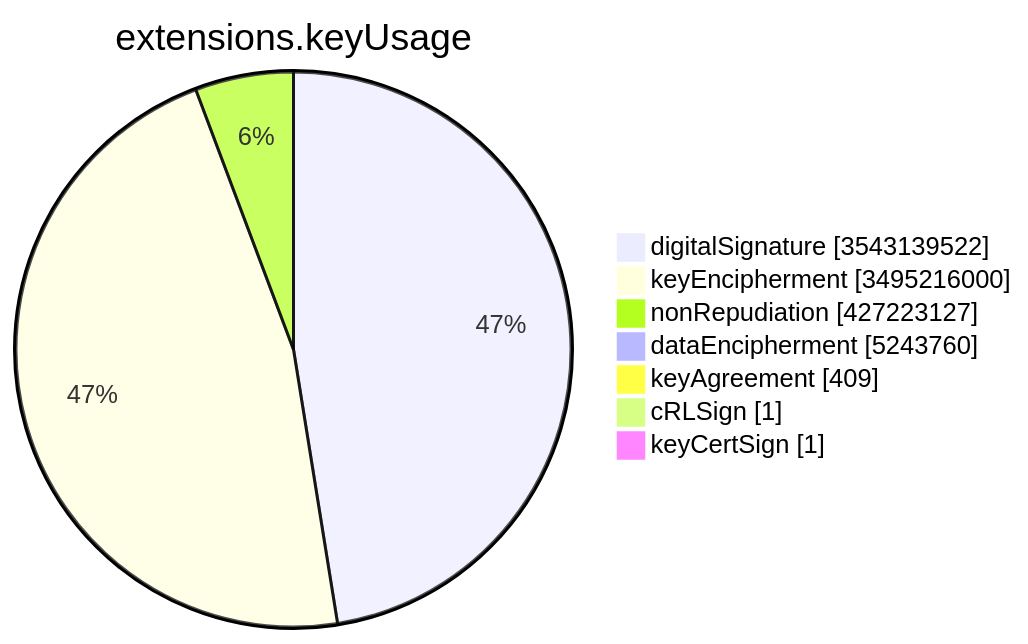
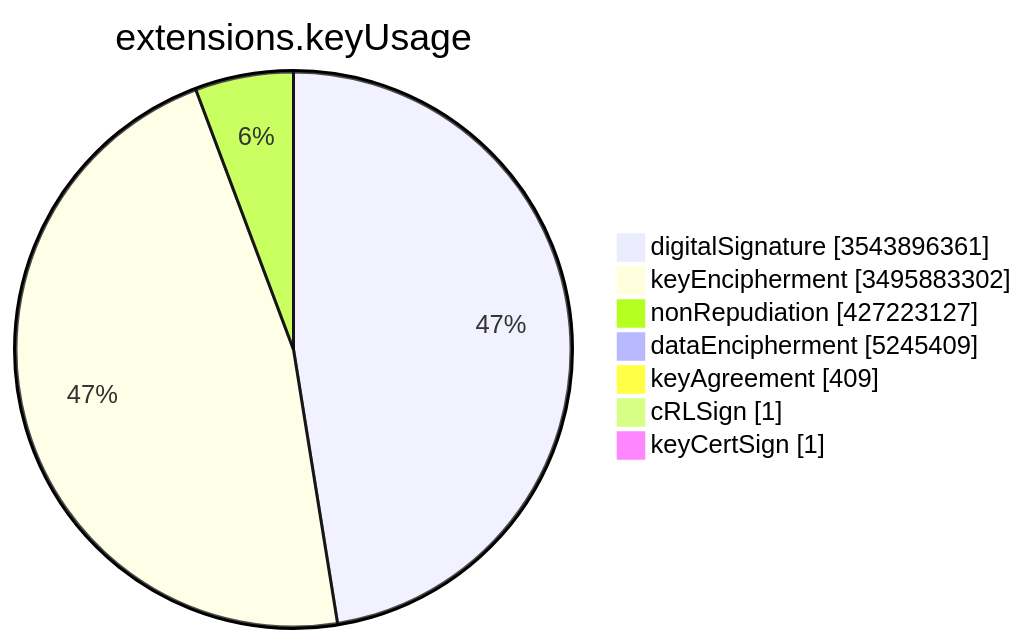
Before and after one commit to christiankrug/ctmonitor_visualization: the sixth of 15 diagrams in TOTAL/README.md, drawn with Mermaid. The commit also changed other lines of this file, not shown here.

````diff
--- a/TOTAL/README.md
+++ b/TOTAL/README.md
@@ -3083,11 +3083,11 @@
 ```mermaid
 pie showData
 title extensions.keyUsage
-"digitalSignature" :3543139522
-"keyEncipherment" :3495216000
+"digitalSignature" :3543896361
+"keyEncipherment" :3495883302
 "nonRepudiation" :427223127
-"dataEncipherment" :5243760
+"dataEncipherment" :5245409
 "keyAgreement" :409
 "cRLSign" :1
 "keyCertSign" :1
 ```
````
